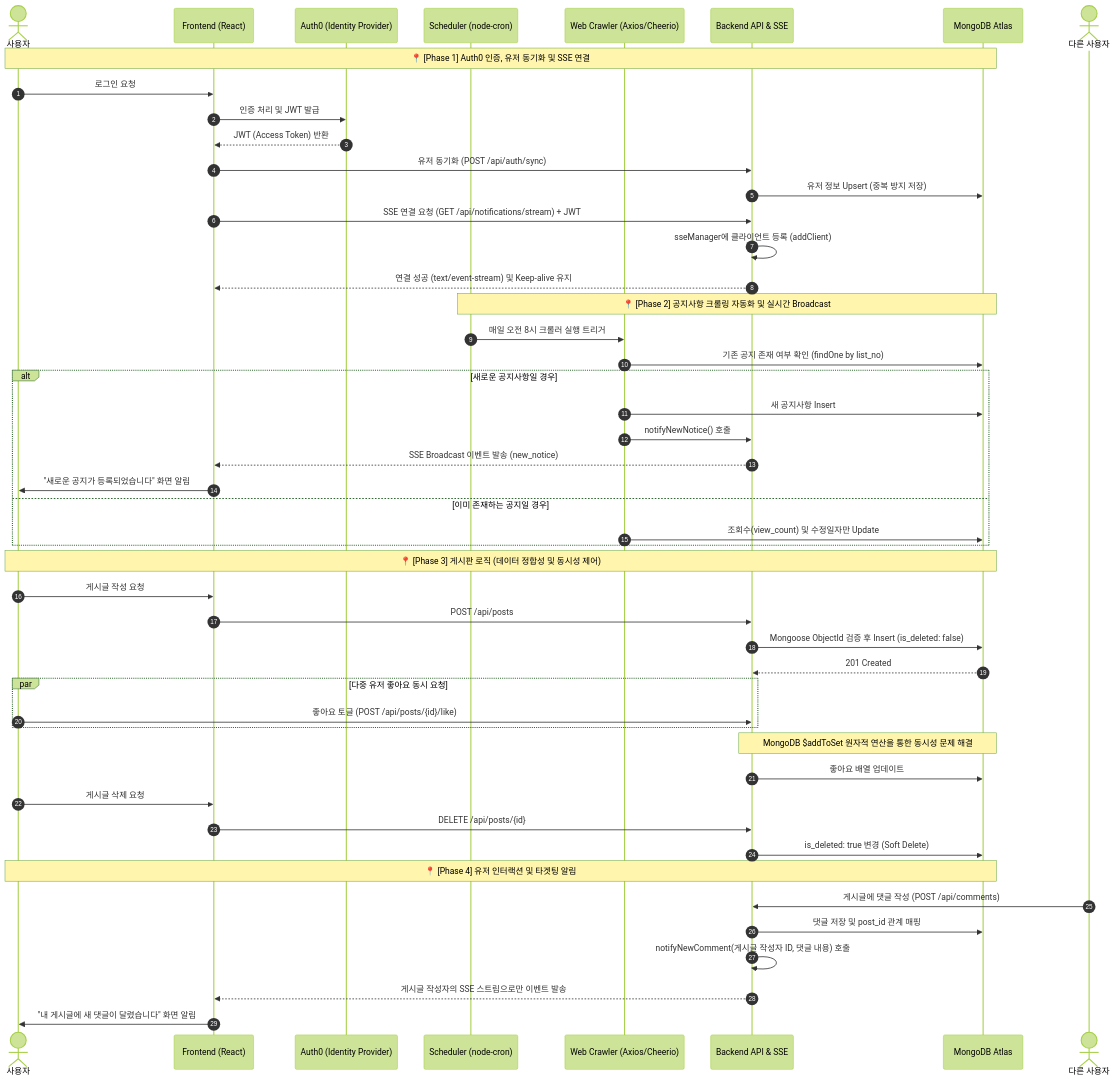
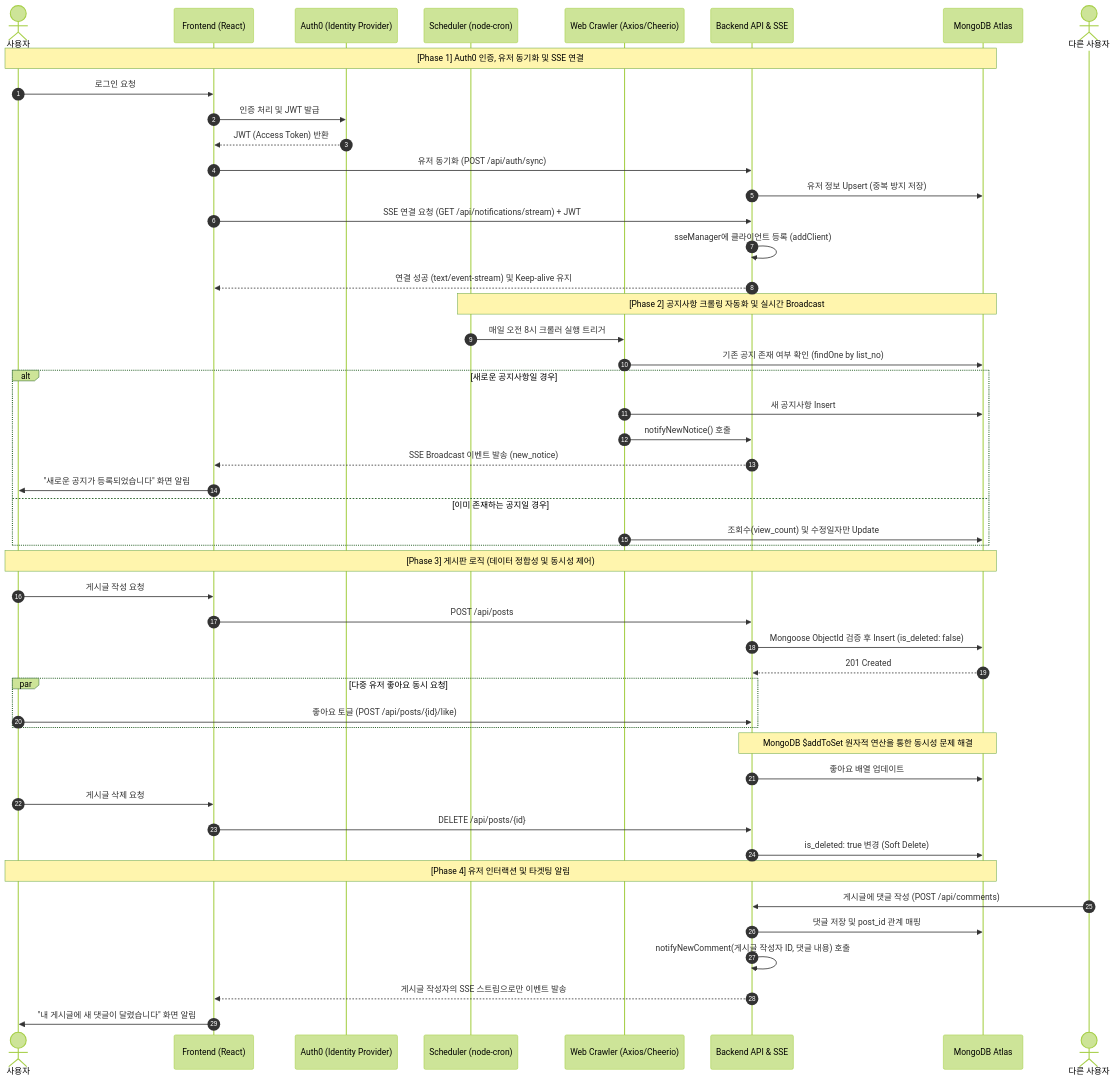
One commit to SANGWOOK0416/campus-board changed the second of 2 diagrams in README.md. Above: the diagram before and after it, drawn with Mermaid (forest theme).

````diff
--- a/README.md
+++ b/README.md
@@ -245,57 +245,57 @@
 ```mermaid
 sequenceDiagram
     autonumber
     actor User as 사용자
     participant FE as Frontend (React)
     participant Auth0 as Auth0 (Identity Provider)
     participant Cron as Scheduler (node-cron)
     participant Crawler as Web Crawler (Axios/Cheerio)
     participant Server as Backend API & SSE
     participant DB as MongoDB Atlas
 
-    Note over User, DB: 📍 [Phase 1] Auth0 인증, 유저 동기화 및 SSE 연결
+    Note over User, DB:  [Phase 1] Auth0 인증, 유저 동기화 및 SSE 연결
     User->>FE: 로그인 요청
     FE->>Auth0: 인증 처리 및 JWT 발급
     Auth0-->>FE: JWT (Access Token) 반환
     FE->>Server: 유저 동기화 (POST /api/auth/sync)
     Server->>DB: 유저 정보 Upsert (중복 방지 저장)
     FE->>Server: SSE 연결 요청 (GET /api/notifications/stream) + JWT
     Server->>Server: sseManager에 클라이언트 등록 (addClient)
     Server-->>FE: 연결 성공 (text/event-stream) 및 Keep-alive 유지
 
-    Note over Cron, DB: 📍 [Phase 2] 공지사항 크롤링 자동화 및 실시간 Broadcast
+    Note over Cron, DB:  [Phase 2] 공지사항 크롤링 자동화 및 실시간 Broadcast
     Cron->>Crawler: 매일 오전 8시 크롤러 실행 트리거
     Crawler->>DB: 기존 공지 존재 여부 확인 (findOne by list_no)
     alt 새로운 공지사항일 경우
         Crawler->>DB: 새 공지사항 Insert
         Crawler->>Server: notifyNewNotice() 호출
         Server-->>FE: SSE Broadcast 이벤트 발송 (new_notice)
         FE->>User: "새로운 공지가 등록되었습니다" 화면 알림
     else 이미 존재하는 공지일 경우
         Crawler->>DB: 조회수(view_count) 및 수정일자만 Update
     end
 
-    Note over User, DB: 📍 [Phase 3] 게시판 로직 (데이터 정합성 및 동시성 제어)
+    Note over User, DB:  [Phase 3] 게시판 로직 (데이터 정합성 및 동시성 제어)
     User->>FE: 게시글 작성 요청
     FE->>Server: POST /api/posts
     Server->>DB: Mongoose ObjectId 검증 후 Insert (is_deleted: false)
     DB-->>Server: 201 Created
 
     par 다중 유저 좋아요 동시 요청
         User->>Server: 좋아요 토글 (POST /api/posts/{id}/like)
     end
     Note over Server, DB: MongoDB $addToSet 원자적 연산을 통한 동시성 문제 해결
     Server->>DB: 좋아요 배열 업데이트
 
     User->>FE: 게시글 삭제 요청
     FE->>Server: DELETE /api/posts/{id}
     Server->>DB: is_deleted: true 변경 (Soft Delete)
 
-    Note over User, DB: 📍 [Phase 4] 유저 인터랙션 및 타겟팅 알림
+    Note over User, DB:  [Phase 4] 유저 인터랙션 및 타겟팅 알림
     actor UserB as 다른 사용자
     UserB->>Server: 게시글에 댓글 작성 (POST /api/comments)
     Server->>DB: 댓글 저장 및 post_id 관계 매핑
     Server->>Server: notifyNewComment(게시글 작성자 ID, 댓글 내용) 호출
     Server-->>FE: 게시글 작성자의 SSE 스트림으로만 이벤트 발송
     FE->>User: "내 게시글에 새 댓글이 달렸습니다" 화면 알림
 ```
````
